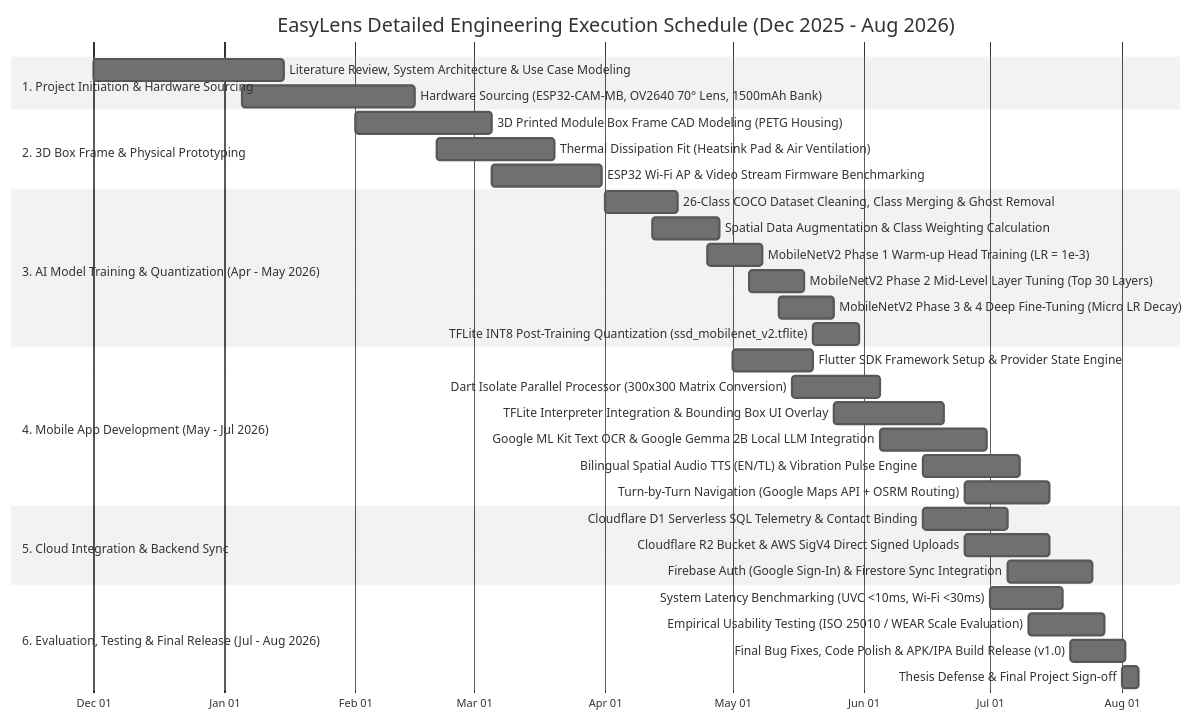
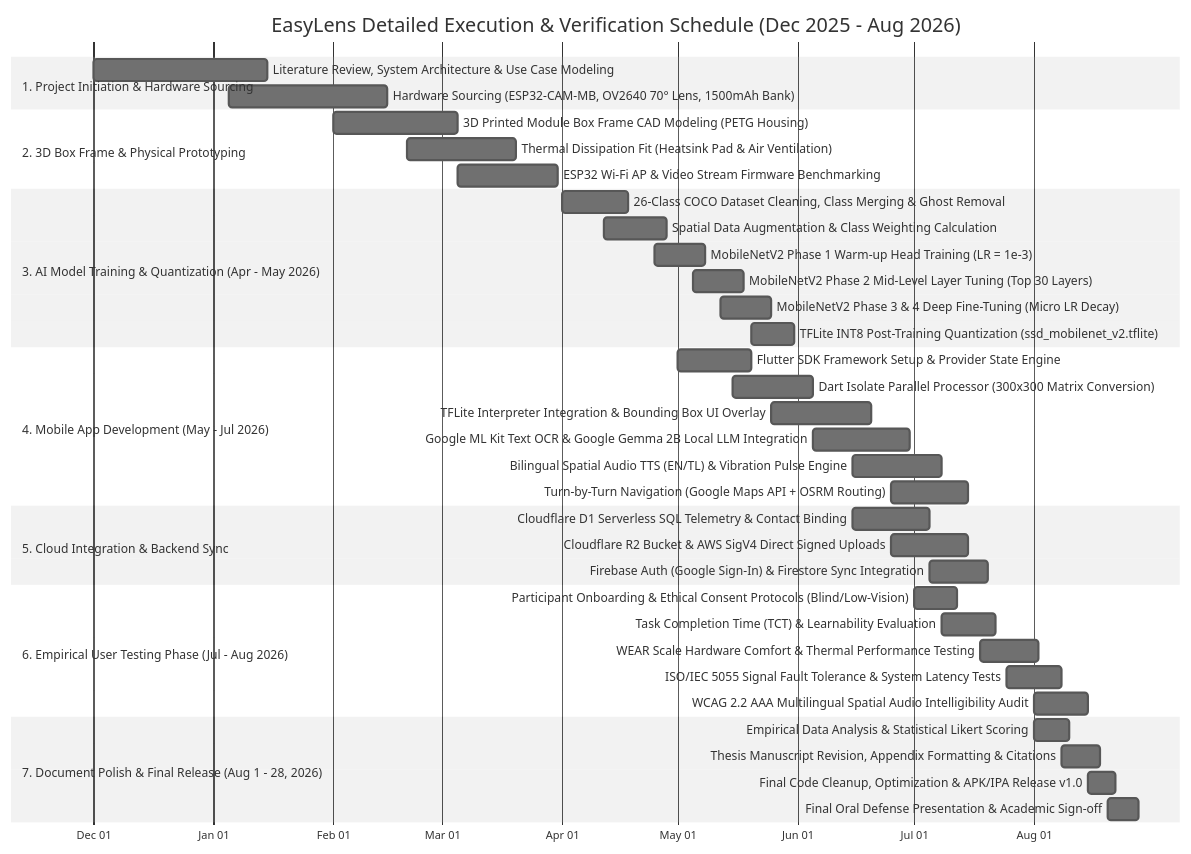
The second of 2 diagrams in docs/dfd/GANTT_CHART.md (Thes-IS-IT/Easylens), drawn with Mermaid (neutral theme) before and after one commit. The commit also changed other lines of this file, not shown here.

Commit message:
docs: expand Gantt chart with empirical User Testing phase (July-mid Aug) and Document Polish phase (Aug 1-28)

````diff
--- a/docs/dfd/GANTT_CHART.md
+++ b/docs/dfd/GANTT_CHART.md
@@ -50,42 +54,49 @@
 ```mermaid
 gantt
-    title EasyLens Detailed Engineering Execution Schedule (Dec 2025 - Aug 2026)
+    title EasyLens Detailed Execution & Verification Schedule (Dec 2025 - Aug 2026)
     dateFormat  YYYY-MM-DD
     axisFormat  %b %d
 
     section 1. Project Initiation & Hardware Sourcing
     Literature Review, System Architecture & Use Case Modeling :a1, 2025-12-01, 2026-01-15
     Hardware Sourcing (ESP32-CAM-MB, OV2640 70° Lens, 1500mAh Bank):a2, 2026-01-05, 2026-02-15
 
     section 2. 3D Box Frame & Physical Prototyping
     3D Printed Module Box Frame CAD Modeling (PETG Housing)    :b1, 2026-02-01, 2026-03-05
     Thermal Dissipation Fit (Heatsink Pad & Air Ventilation)   :b2, 2026-02-20, 2026-03-20
     ESP32 Wi-Fi AP & Video Stream Firmware Benchmarking        :b3, 2026-03-05, 2026-03-31
 
     section 3. AI Model Training & Quantization (Apr - May 2026)
     26-Class COCO Dataset Cleaning, Class Merging & Ghost Removal:c1, 2026-04-01, 2026-04-18
     Spatial Data Augmentation & Class Weighting Calculation      :c2, 2026-04-12, 2026-04-28
     MobileNetV2 Phase 1 Warm-up Head Training (LR = 1e-3)        :c3, 2026-04-25, 2026-05-08
     MobileNetV2 Phase 2 Mid-Level Layer Tuning (Top 30 Layers)  :c4, 2026-05-05, 2026-05-18
     MobileNetV2 Phase 3 & 4 Deep Fine-Tuning (Micro LR Decay)    :c5, 2026-05-12, 2026-05-25
     TFLite INT8 Post-Training Quantization (ssd_mobilenet_v2.tflite):c6, 2026-05-20, 2026-05-31
 
     section 4. Mobile App Development (May - Jul 2026)
     Flutter SDK Framework Setup & Provider State Engine         :d1, 2026-05-01, 2026-05-20
     Dart Isolate Parallel Processor (300x300 Matrix Conversion) :d2, 2026-05-15, 2026-06-05
     TFLite Interpreter Integration & Bounding Box UI Overlay    :d3, 2026-05-25, 2026-06-20
     Google ML Kit Text OCR & Google Gemma 2B Local LLM Integration:d4, 2026-06-05, 2026-06-30
     Bilingual Spatial Audio TTS (EN/TL) & Vibration Pulse Engine:d5, 2026-06-15, 2026-07-08
     Turn-by-Turn Navigation (Google Maps API + OSRM Routing)    :d6, 2026-06-25, 2026-07-15
 
     section 5. Cloud Integration & Backend Sync
     Cloudflare D1 Serverless SQL Telemetry & Contact Binding    :e1, 2026-06-15, 2026-07-05
     Cloudflare R2 Bucket & AWS SigV4 Direct Signed Uploads      :e2, 2026-06-25, 2026-07-15
-    Firebase Auth (Google Sign-In) & Firestore Sync Integration  :e3, 2026-07-05, 2026-07-25
+    Firebase Auth (Google Sign-In) & Firestore Sync Integration  :e3, 2026-07-05, 2026-07-20
 
-    section 6. Evaluation, Testing & Final Release (Jul - Aug 2026)
-    System Latency Benchmarking (UVC <10ms, Wi-Fi <30ms)         :f1, 2026-07-01, 2026-07-18
-    Empirical Usability Testing (ISO 25010 / WEAR Scale Evaluation):f2, 2026-07-10, 2026-07-28
-    Final Bug Fixes, Code Polish & APK/IPA Build Release (v1.0) :f3, 2026-07-20, 2026-08-02
-    Thesis Defense & Final Project Sign-off                      :f4, 2026-08-01, 2026-08-05
+    section 6. Empirical User Testing Phase (Jul - Aug 2026)
+    Participant Onboarding & Ethical Consent Protocols (Blind/Low-Vision):f1, 2026-07-01, 2026-07-12
+    Task Completion Time (TCT) & Learnability Evaluation       :f2, 2026-07-08, 2026-07-22
+    WEAR Scale Hardware Comfort & Thermal Performance Testing   :f3, 2026-07-18, 2026-08-02
+    ISO/IEC 5055 Signal Fault Tolerance & System Latency Tests  :f4, 2026-07-25, 2026-08-08
+    WCAG 2.2 AAA Multilingual Spatial Audio Intelligibility Audit:f5, 2026-08-01, 2026-08-15
+
+    section 7. Document Polish & Final Release (Aug 1 - 28, 2026)
+    Empirical Data Analysis & Statistical Likert Scoring        :g1, 2026-08-01, 2026-08-10
+    Thesis Manuscript Revision, Appendix Formatting & Citations :g2, 2026-08-08, 2026-08-18
+    Final Code Cleanup, Optimization & APK/IPA Release v1.0     :g3, 2026-08-15, 2026-08-22
+    Final Oral Defense Presentation & Academic Sign-off          :g4, 2026-08-20, 2026-08-28
 ```
````
